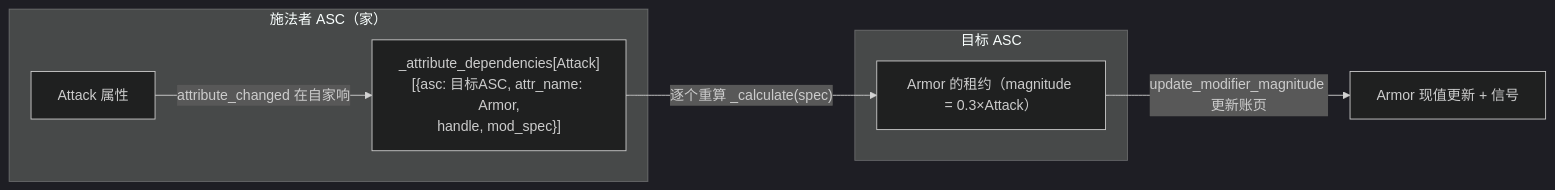
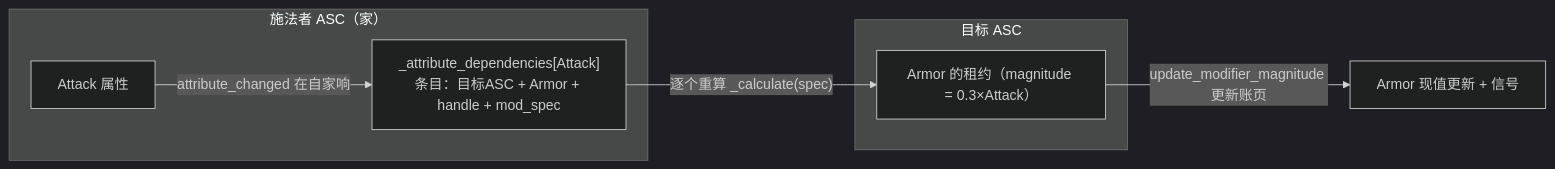
Before and after one commit to PrimeChuJiang/gas_project: diagram 13 of 25 in docs/System_Architecture.md, drawn with Mermaid (dark theme). The commit also changed other lines of this file, not shown here.

Commit message:
System_Architecture.md 架构指南续写

````diff
--- a/docs/System_Architecture.md
+++ b/docs/System_Architecture.md
@@ -677,13 +677,13 @@
 ```mermaid
 flowchart LR
     subgraph SRC["施法者 ASC（家）"]
         ATK["Attack 属性"]
-        BOOK["_attribute_dependencies[Attack]<br/>[{asc: 目标ASC, attr_name: Armor,<br/>handle, mod_spec}]"]
+        BOOK["_attribute_dependencies[Attack]<br/>条目：目标ASC + Armor + handle + mod_spec"]
     end
     subgraph TGT["目标 ASC"]
         ARM["Armor 的租约（magnitude = 0.3×Attack）"]
     end
     ATK -->|"attribute_changed 在自家响"| BOOK
     BOOK -->|"逐个重算 _calculate(spec)"| ARM
     ARM -->|"update_modifier_magnitude 更新账页"| ATTRSET["Armor 现值更新 + 信号"]
 ```
````
